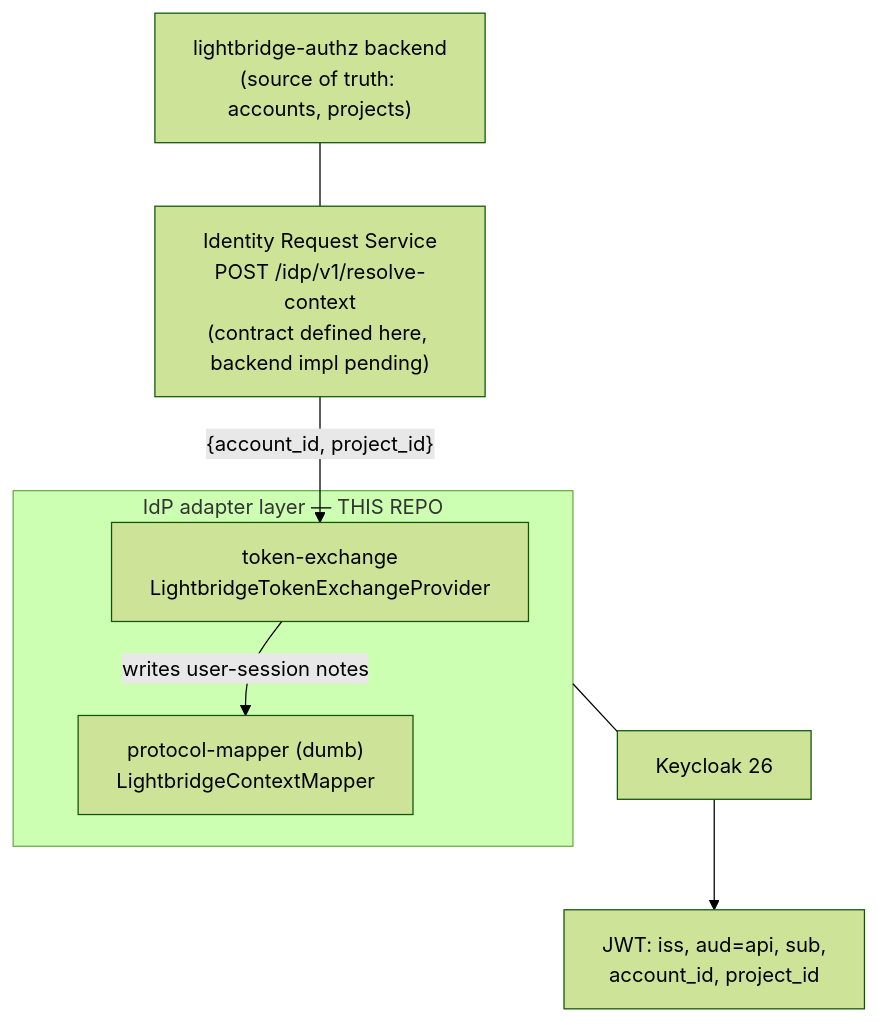
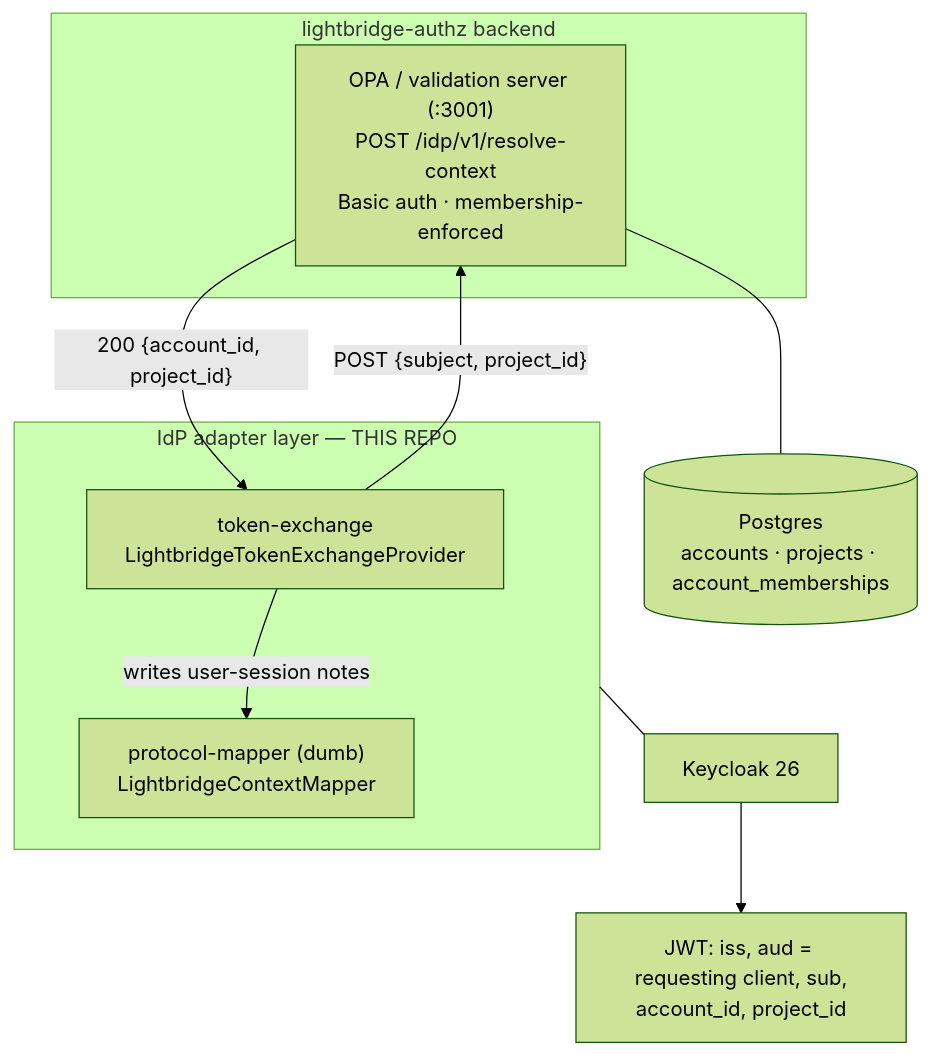
Before and after one commit to ADORSYS-GIS/lightbridge-keycloak-spi: the first of 2 diagrams in docs/architecture.md, drawn with Mermaid (forest theme). The commit also changed other lines of this file and 1 other file, not shown here.

First line of the commit message:
docs(architecture): reflect the live resolve-by-project backend (#7)

````diff
--- a/docs/architecture.md
+++ b/docs/architecture.md
@@ -10,17 +15,20 @@
 ```mermaid
 flowchart TB
-    B["lightbridge-authz backend<br/>(source of truth: accounts, projects)"]
-    IRS["Identity Request Service<br/>POST /idp/v1/resolve-context<br/>(contract defined here, backend impl pending)"]
+    DB[("Postgres<br/>accounts · projects · account_memberships")]
+    subgraph BACKEND["lightbridge-authz backend"]
+        OPA["OPA / validation server (:3001)<br/>POST /idp/v1/resolve-context<br/>Basic auth · membership-enforced"]
+    end
     subgraph ADAPTER["IdP adapter layer — THIS REPO"]
         TE["token-exchange<br/>LightbridgeTokenExchangeProvider"]
         PM["protocol-mapper (dumb)<br/>LightbridgeContextMapper"]
     end
     KC["Keycloak 26"]
-    JWT["JWT: iss, aud=api, sub,<br/>account_id, project_id"]
+    JWT["JWT: iss, aud = requesting client, sub,<br/>account_id, project_id"]
 
-    B --- IRS
-    IRS -->|"{account_id, project_id}"| TE
+    OPA --- DB
+    TE -->|"POST {subject, project_id}"| OPA
+    OPA -->|"200 {account_id, project_id}"| TE
     TE -->|"writes user-session notes"| PM
     ADAPTER --- KC
     KC --> JWT
 ```
````
